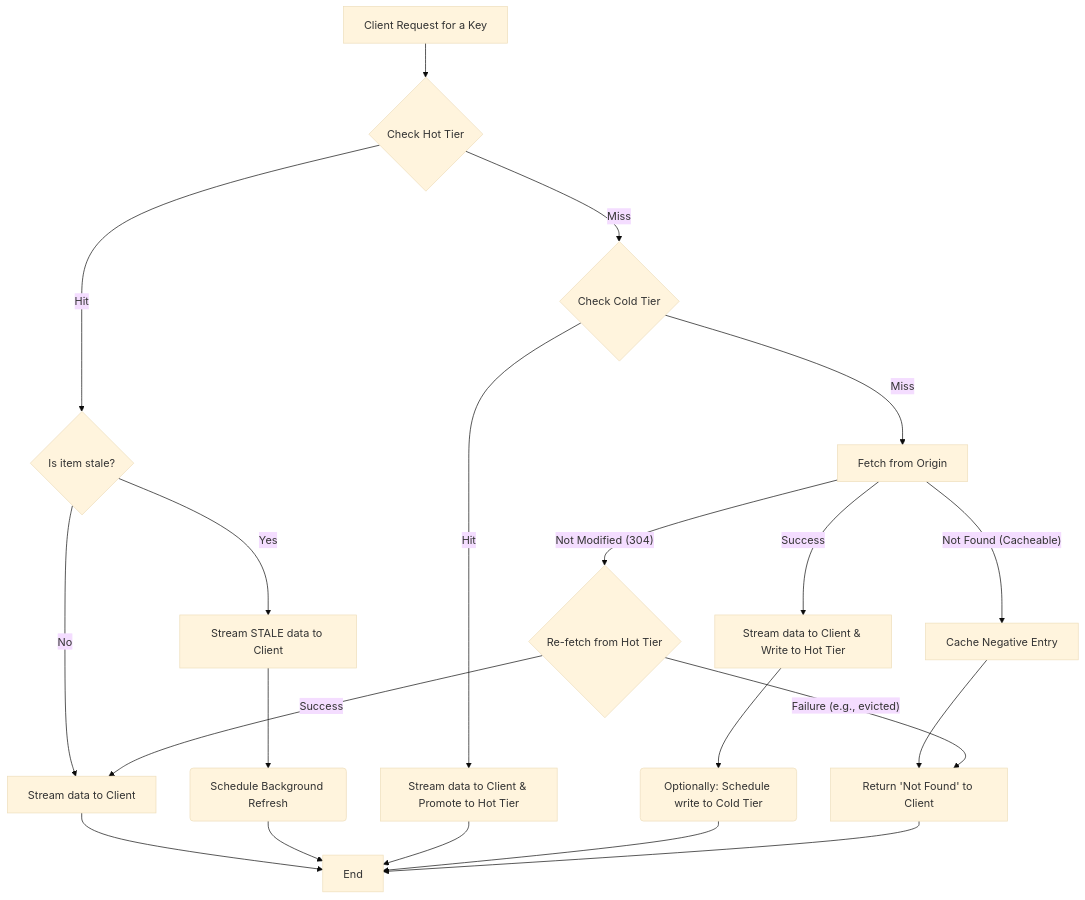
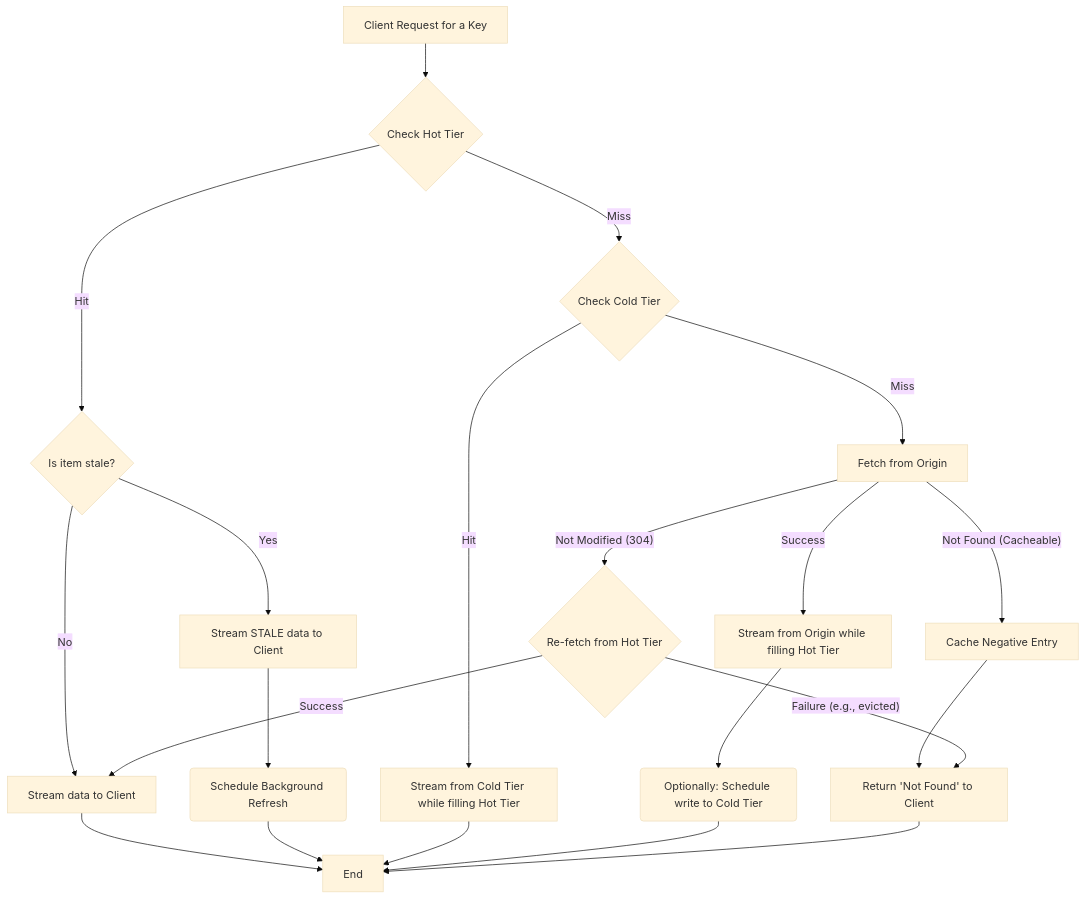
The diagram in README.md (mrchypark/daramjwee), drawn with Mermaid (base theme) before and after one commit. The commit also changed other lines of this file and 39 other files, not shown here.

````diff
--- a/README.md
+++ b/README.md
@@ -43,29 +43,29 @@
 ```mermaid
 flowchart TD
     A[Client Request for a Key] --> B{Check Hot Tier};
 
     B -- Hit --> C{Is item stale?};
     C -- No --> D[Stream data to Client];
     D --> E[End];
     C -- Yes --> F[Stream STALE data to Client];
     F --> G(Schedule Background Refresh);
     G --> E;
 
     B -- Miss --> H{Check Cold Tier};
 
-    H -- Hit --> I[Stream data to Client & Promote to Hot Tier];
+    H -- Hit --> I[Stream from Cold Tier while filling Hot Tier];
     I --> E;
 
     H -- Miss --> J[Fetch from Origin];
-    J -- Success --> K[Stream data to Client & Write to Hot Tier];
+    J -- Success --> K[Stream from Origin while filling Hot Tier];
     K --> L(Optionally: Schedule write to Cold Tier);
     L --> E;
     
     J -- Not Found (Cacheable) --> M[Cache Negative Entry];
     M --> N[Return 'Not Found' to Client];
     N --> E;
     
     J -- Not Modified (304) --> O{Re-fetch from Hot Tier};
     O -- Success --> D;
     O -- Failure (e.g., evicted) --> N;
 ```
````
